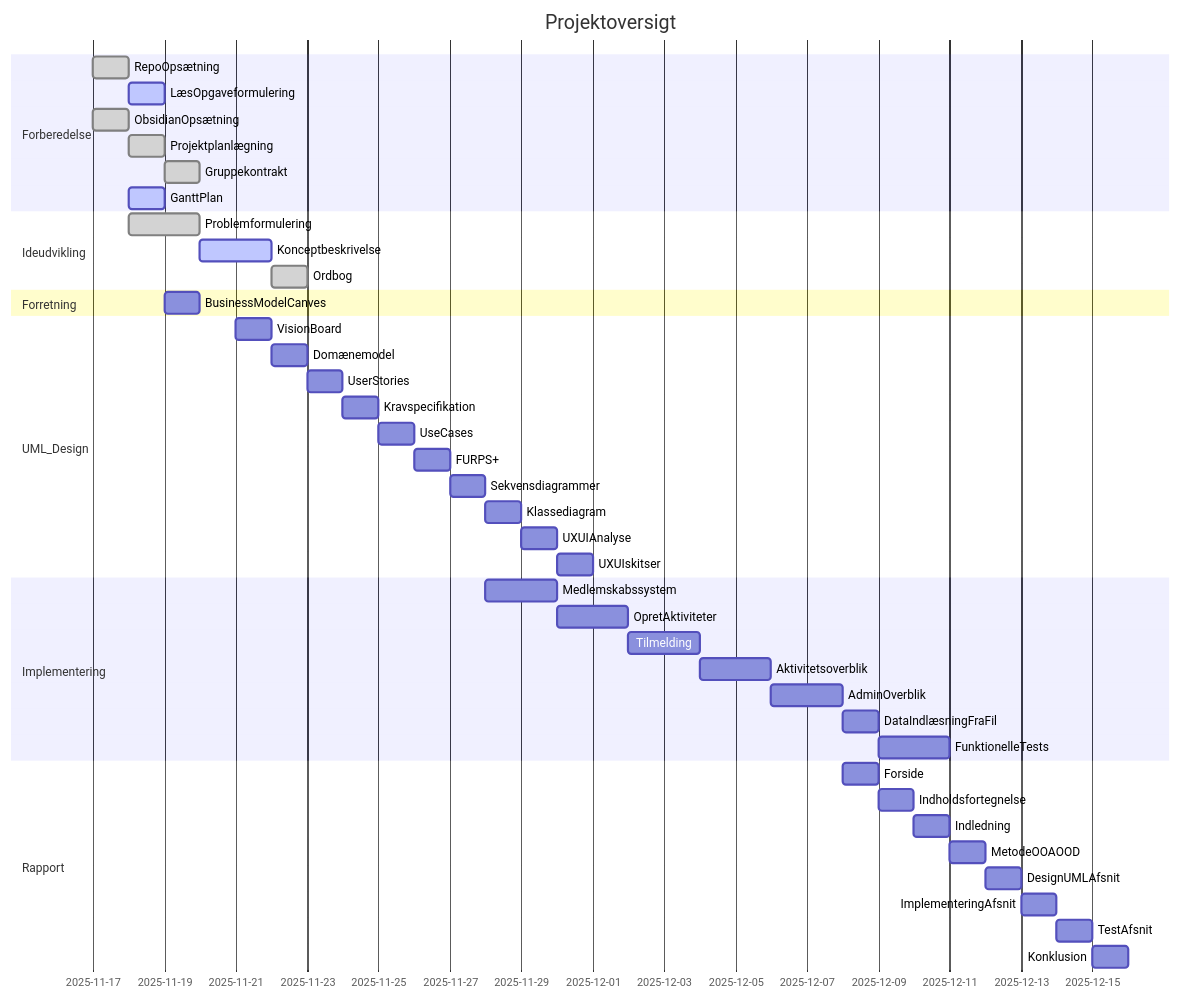
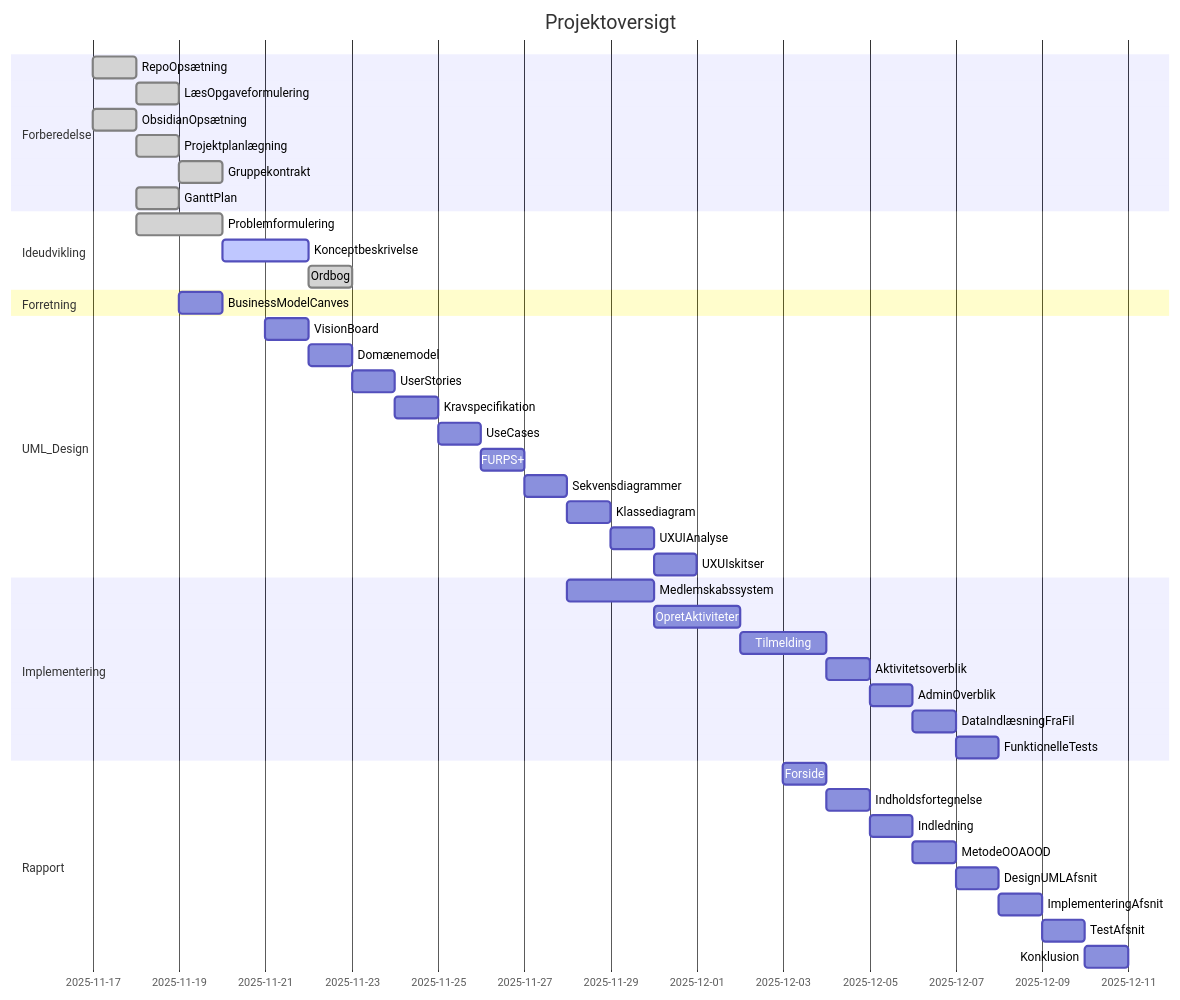
One commit to MatiasHeiberg/1.semesterprojekt changed the first of 2 diagrams in 02 notes/2_Diverse/Projektstyring.md. Above: the diagram before and after it, drawn with Mermaid.

````diff
--- a/02 notes/2_Diverse/Projektstyring.md
+++ b/02 notes/2_Diverse/Projektstyring.md
@@ -1,53 +1,53 @@
 ```mermaid
 gantt
     dateFormat  YYYY-MM-DD
     title Projektoversigt
 
     section Forberedelse
     RepoOpsætning          :done, a1, 2025-11-17, 1d
-    LæsOpgaveformulering   :active, a2, after a1, 0.5d
+    LæsOpgaveformulering   :done, a2, after a1, 0.5d
     ObsidianOpsætning      :done, a3, 2025-11-17, 1d
-    Projektplanlægning      :done, a4, after a3, 1d
-    Gruppekontrakt           :done, a5, after a4, 0.5d
-    GanttPlan               :active, a6, 2025-11-18, 1d
+    Projektplanlægning     :done, a4, after a3, 1d
+    Gruppekontrakt         :done, a5, after a4, 0.5d
+    GanttPlan              :done, a6, 2025-11-18, 1d
    
     section Ideudvikling
     Problemformulering       :done, b1, 2025-11-18, 2d
     Konceptbeskrivelse       :active, b2, after b1, 2d
     Ordbog                   :done, b3, after b2, 1d
 
     
 	section Forretning
-    BusinessModelCanves    :c1, 2025-11-19, 1d
+    BusinessModelCanves     :c1, 2025-11-19, 1d
 
     section UML_Design
     VisionBoard             :d1, 2025-11-21, 0.5d
     Domænemodel             :d2, after d1, 0.5d
     UserStories             :d3, after d2, 0.5d
     Kravspecifikation        :d4, after d3, 0.5d
     UseCases                :d5, after d4, 0.5d
     FURPS+              :d6, after d5, 0.5d
     Sekvensdiagrammer        :d7, after d6, 1d
     Klassediagram            :d8, after d7, 1d
     UXUIAnalyse            :d9, after d8, 0.5d
     UXUIskitser            :d10, after d9, 0.5d
 
     section Implementering
     Medlemskabssystem        :e1, 2025-11-28, 2d
     OpretAktiviteter        :e2, after e1, 2d
     Tilmelding               :e3, after e2, 2d
-    Aktivitetsoverblik       :e4, after e3, 2d
-    AdminOverblik           :e5, after e4, 2d
+    Aktivitetsoverblik       :e4, after e3, 1d
+    AdminOverblik           :e5, after e4, 1d
     DataIndlæsningFraFil :e6, after e5, 1d
-    FunktionelleTests       :e7, after e6, 2d
+    FunktionelleTests       :e7, after e6, 1d
 
     section Rapport
-    Forside                  :f1, 2025-12-08, 0.5d
+    Forside                  :f1, 2025-12-03, 0.5d
     Indholdsfortegnelse      :f2, after f1, 0.5d
     Indledning               :f3, after f2, 0.5d
     MetodeOOAOOD           :f4, after f3, 0.5d
     DesignUMLAfsnit        :f5, after f4, 0.5d
     ImplementeringAfsnit    :f6, after f5, 0.5d
     TestAfsnit              :f7, after f6, 0.5d
     Konklusion               :f8, after f7, 0.5d
 ```
````
